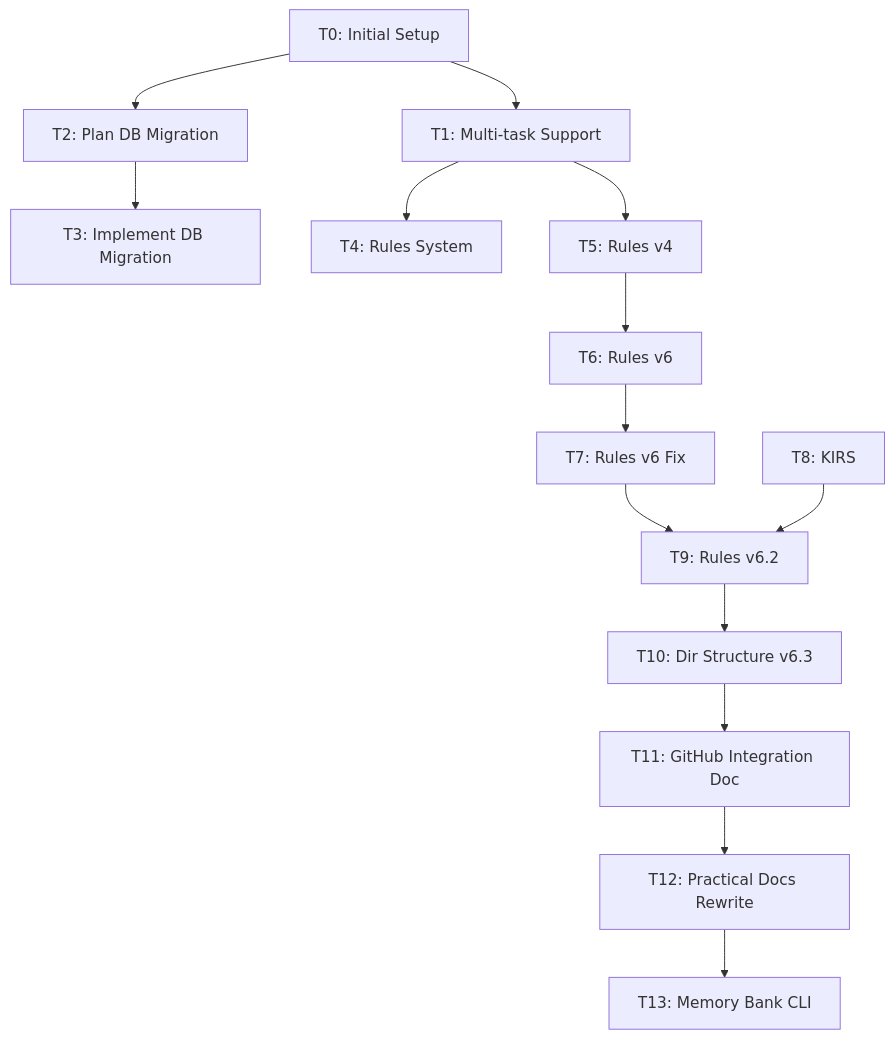
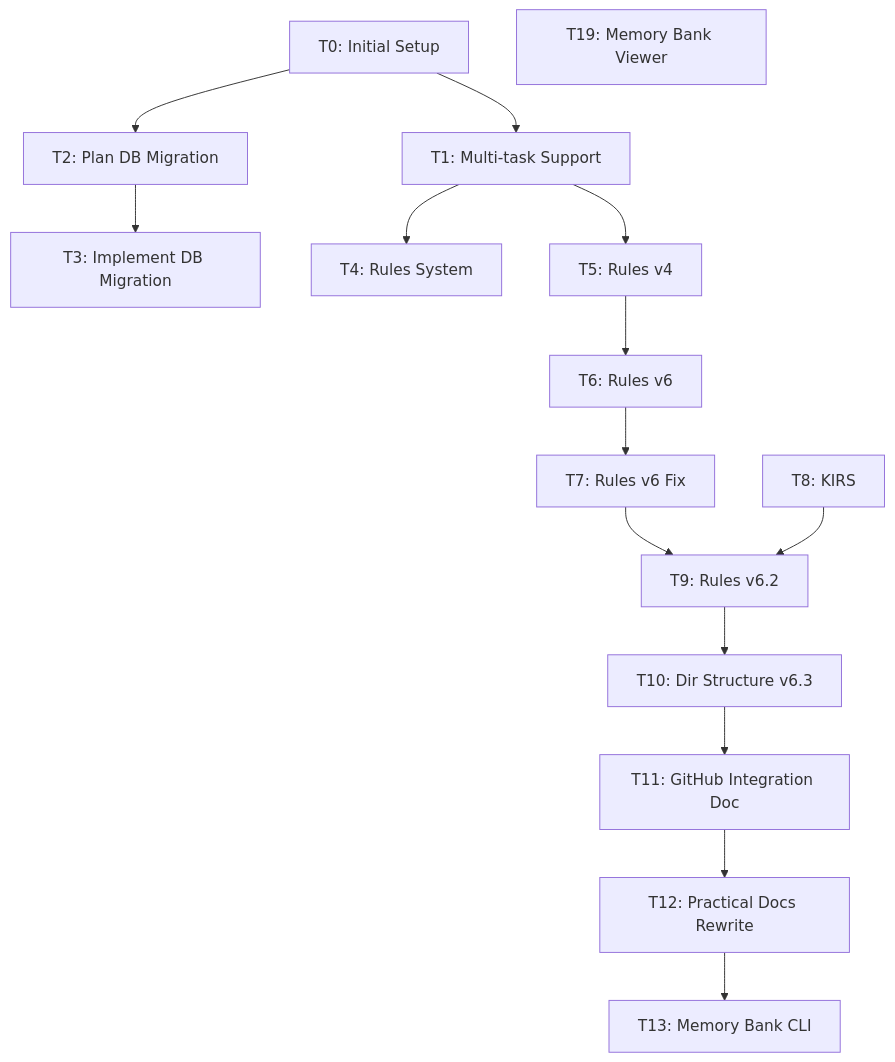
Before and after one commit to space-cadet/memory-bank: the diagram in memory-bank/tasks.md, drawn with Mermaid. The commit also changed other lines of this file and 5 other files, not shown here.

First line of the commit message:
feat(memory-bank): T19 - Create comprehensive plan for Memory Bank Viewer web interface

````diff
--- a/memory-bank/tasks.md
+++ b/memory-bank/tasks.md
@@ -41,31 +42,32 @@
 ```mermaid
 graph TD
     T0[T0: Initial Setup]
     T1[T1: Multi-task Support]
     T2[T2: Plan DB Migration]
     T3[T3: Implement DB Migration]
     T4[T4: Rules System]
     T5[T5: Rules v4]
     T6[T6: Rules v6]
     T7[T7: Rules v6 Fix]
     T8[T8: KIRS]
     T9[T9: Rules v6.2]
     T10[T10: Dir Structure v6.3]
     T11[T11: GitHub Integration Doc]
     T12[T12: Practical Docs Rewrite]
     T13[T13: Memory Bank CLI]
+    T19[T19: Memory Bank Viewer]
 
     T0 --> T1
     T11 --> T12
     T12 --> T13
     T0 --> T2
     T2 --> T3
     T1 --> T4
     T1 --> T5
     T5 --> T6
     T6 --> T7
     T7 --> T9
     T8 --> T9
     T9 --> T10
     T10 --> T11
 ```
````
